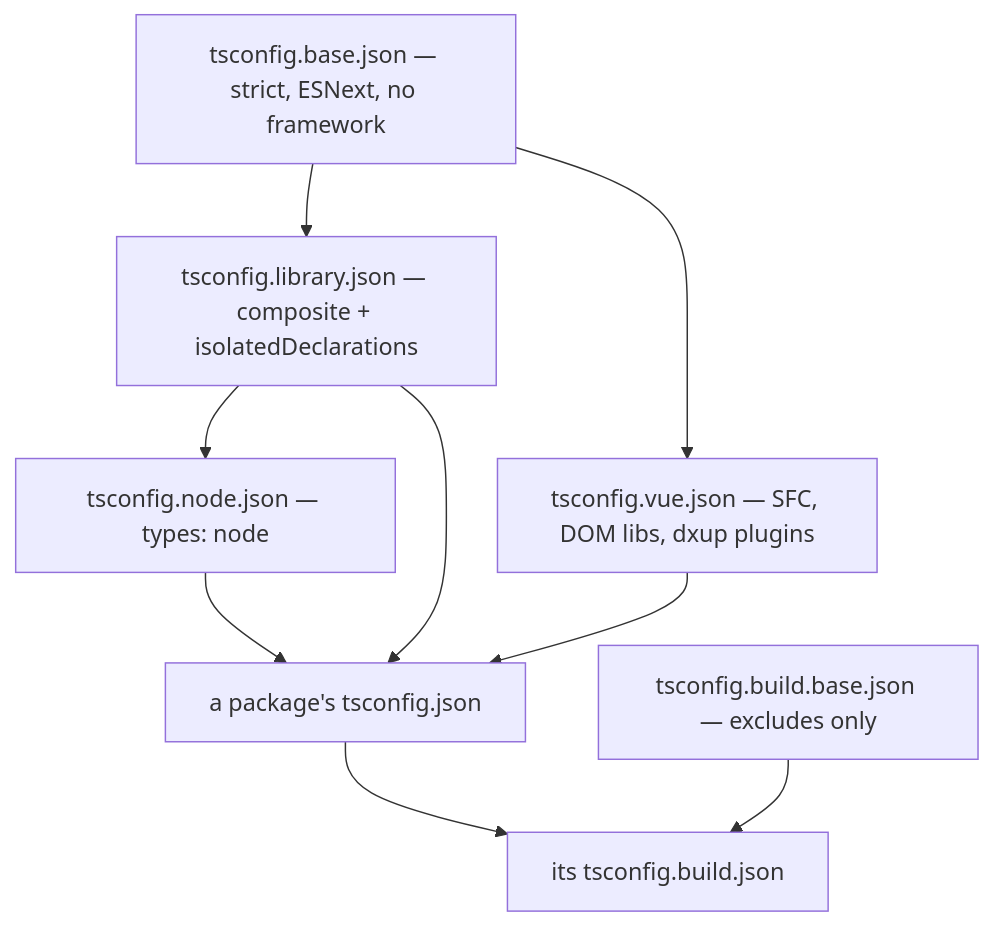
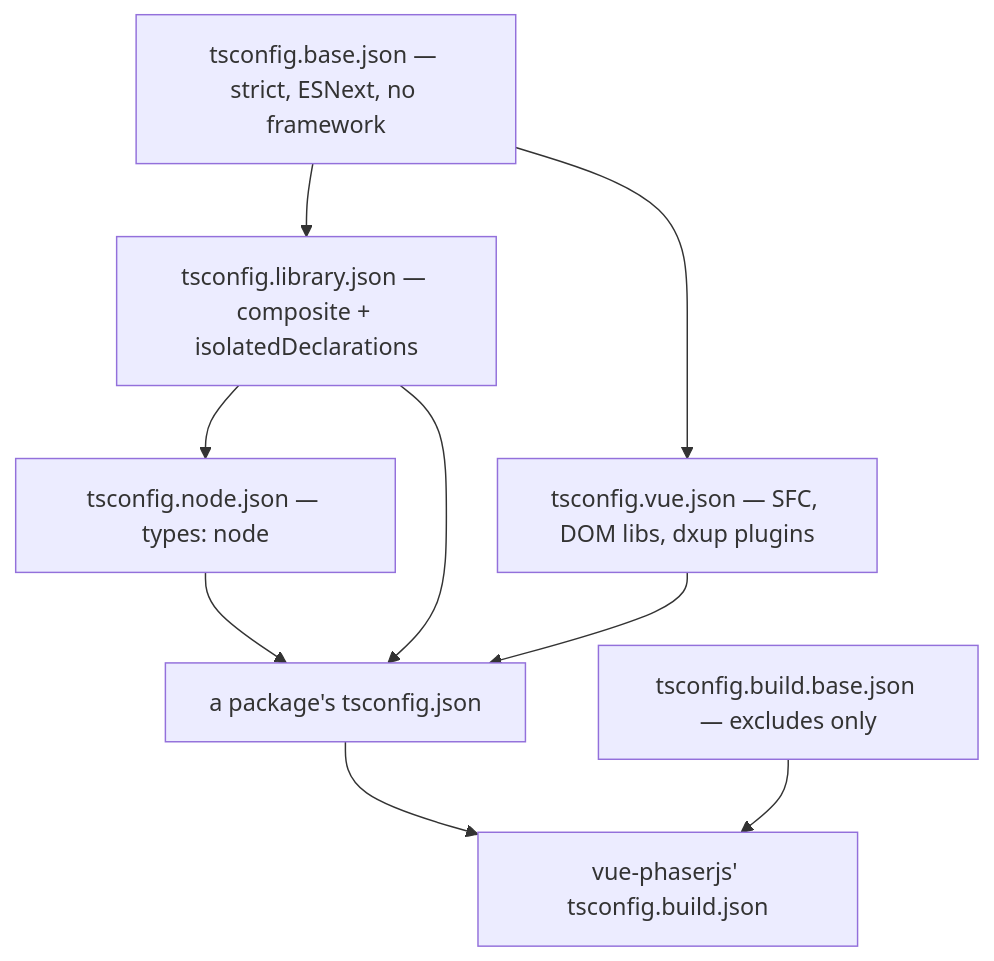
The second of 2 diagrams in apps/web/content/docs/architecture/build-pipeline.md (Esposter/Esposter), drawn with Mermaid before and after one commit. The commit also changed other lines of this file and 79 other files, not shown here.

````diff
--- a/apps/web/content/docs/architecture/build-pipeline.md
+++ b/apps/web/content/docs/architecture/build-pipeline.md
@@ -106,11 +106,11 @@
 ```mermaid
 flowchart TD
   B["tsconfig.base.json — strict, ESNext, no framework"] --> L["tsconfig.library.json — composite + isolatedDeclarations"]
   B --> V["tsconfig.vue.json — SFC, DOM libs, dxup plugins"]
   L --> N["tsconfig.node.json — types: node"]
   N --> P["a package's tsconfig.json"]
   L --> P
   V --> P
-  P --> BU["its tsconfig.build.json"]
+  P --> BU["vue-phaserjs' tsconfig.build.json"]
   X["tsconfig.build.base.json — excludes only"] --> BU
 ```
````
